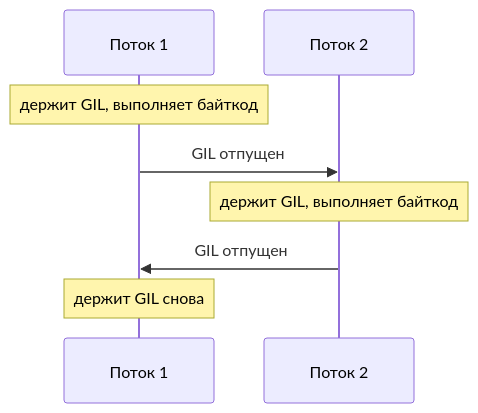
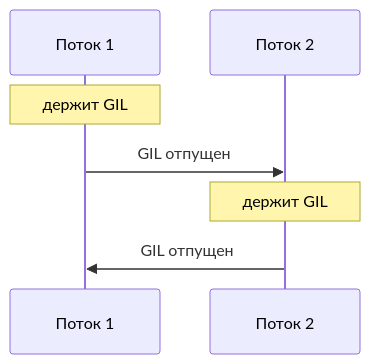
Before and after one commit to CoolUsernameDa/rkp: the fourth of 4 diagrams in slides/razdel-1/tema1-1/slides.md, drawn with Mermaid. The commit also changed other lines of this file and 14 other files, not shown here.

````diff
--- a/slides/razdel-1/tema1-1/slides.md
+++ b/slides/razdel-1/tema1-1/slides.md
@@ -332,10 +685,9 @@
-```mermaid
+```mermaid {scale: 0.75}
 sequenceDiagram
   participant T1 as Поток 1
   participant T2 as Поток 2
-  Note over T1: держит GIL, выполняет байткод
+  Note over T1: держит GIL
   T1->>T2: GIL отпущен
-  Note over T2: держит GIL, выполняет байткод
+  Note over T2: держит GIL
   T2->>T1: GIL отпущен
-  Note over T1: держит GIL снова
 ```
````
